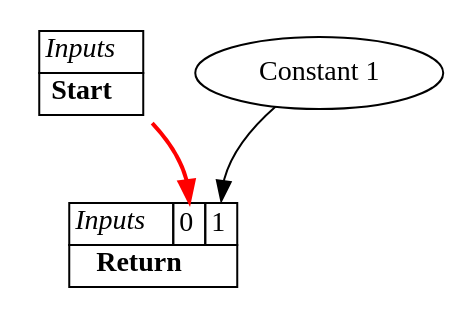
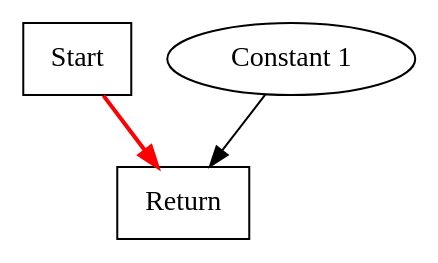
Before and after one commit to SeaOfNodes/Simple: the diagram in chapter01/docs/02-graph.gv, drawn with Graphviz. The commit also changed 3 other files, not shown here.

Commit message:
Revise text and update diagram. Remove the detail re inputs to a node from the diagram.

```diff
--- a/chapter01/docs/02-graph.gv
+++ b/chapter01/docs/02-graph.gv
@@ -1,29 +1,9 @@
 digraph chapter01 
 {
-    start [shape=none, label=<
-        <TABLE BORDER="0" CELLBORDER="1" CELLSPACING="0">
-            <TR>
-                <TD><I>Inputs</I></TD>
-            </TR>
-            <TR>
-                <TD COLSPAN="3"><B>Start</B></TD>
-            </TR>
-        </TABLE>
-    >];
+    start [shape=box, label="Start"];
     constant [label="Constant 1"];
-    return [shape=none, label=<
-        <TABLE BORDER="0" CELLBORDER="1" CELLSPACING="0">
-            <TR>
-                <TD><I>Inputs</I></TD>
-                <TD PORT="input0">0</TD>
-                <TD PORT="input1">1</TD>
-            </TR>
-            <TR>
-                <TD COLSPAN="3"><B>Return</B></TD>
-            </TR>
-        </TABLE>
-    >];
-    constant -> return:input1;
+    return [shape=box, label="Return"];
+    constant -> return;
     edge [color=red];
-    start -> return:input0 [style=bold];
+    start -> return [style=bold];
 }
```
